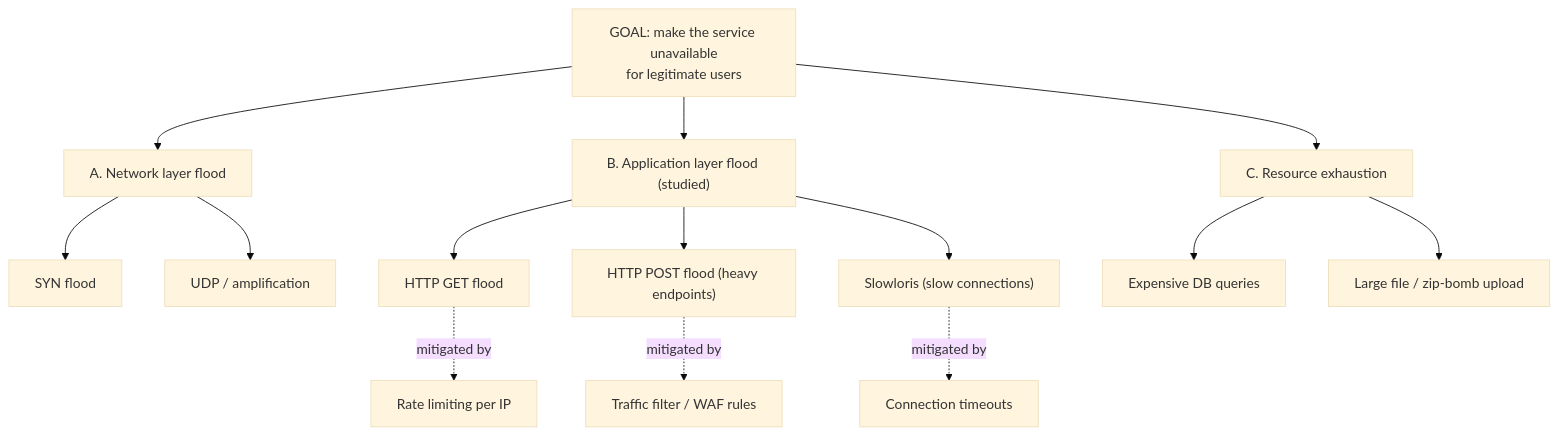
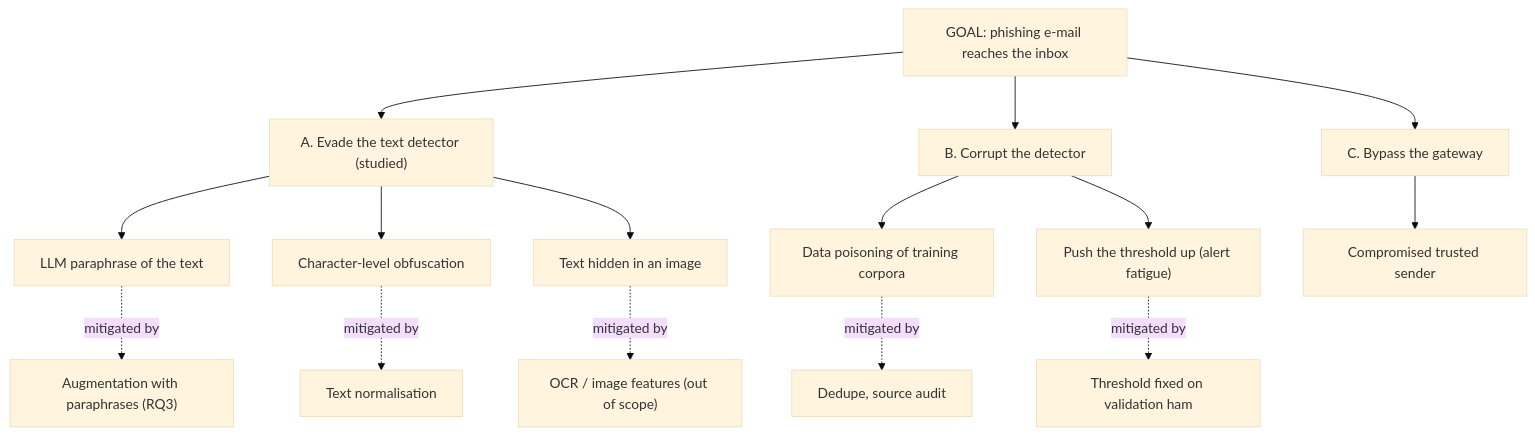
Before and after one commit to Dias-M/ResearchMetod-MoldassanovDias-BilalSamat: the second of 2 diagrams in docs/domain_model.md, drawn with Mermaid (base theme). The commit also changed other lines of this file, not shown here.

````diff
--- a/docs/domain_model.md
+++ b/docs/domain_model.md
@@ -43,17 +48,18 @@
 ```mermaid
 flowchart TB
-    goal["GOAL: make the service unavailable<br/>for legitimate users"]
-    goal --> a["A. Network layer flood"]
-    goal --> b["B. Application layer flood (studied)"]
-    goal --> c["C. Resource exhaustion"]
-    a --> a1["SYN flood"]
-    a --> a2["UDP / amplification"]
-    b --> b1["HTTP GET flood"]
-    b --> b2["HTTP POST flood (heavy endpoints)"]
-    b --> b3["Slowloris (slow connections)"]
-    c --> c1["Expensive DB queries"]
-    c --> c2["Large file / zip-bomb upload"]
-    b1 -. "mitigated by" .-> m1["Rate limiting per IP"]
-    b2 -. "mitigated by" .-> m2["Traffic filter / WAF rules"]
-    b3 -. "mitigated by" .-> m3["Connection timeouts"]
+    goal["GOAL: phishing e-mail reaches the inbox"]
+    goal --> a["A. Evade the text detector (studied)"]
+    goal --> b["B. Corrupt the detector"]
+    goal --> c["C. Bypass the gateway"]
+    a --> a1["LLM paraphrase of the text"]
+    a --> a2["Character-level obfuscation"]
+    a --> a3["Text hidden in an image"]
+    b --> b1["Data poisoning of training corpora"]
+    b --> b2["Push the threshold up (alert fatigue)"]
+    c --> c1["Compromised trusted sender"]
+    a1 -. "mitigated by" .-> m1["Augmentation with paraphrases (RQ3)"]
+    a2 -. "mitigated by" .-> m2["Text normalisation"]
+    a3 -. "mitigated by" .-> m3["OCR / image features (out of scope)"]
+    b1 -. "mitigated by" .-> m4["Dedupe, source audit"]
+    b2 -. "mitigated by" .-> m5["Threshold fixed on validation ham"]
 ```
````
